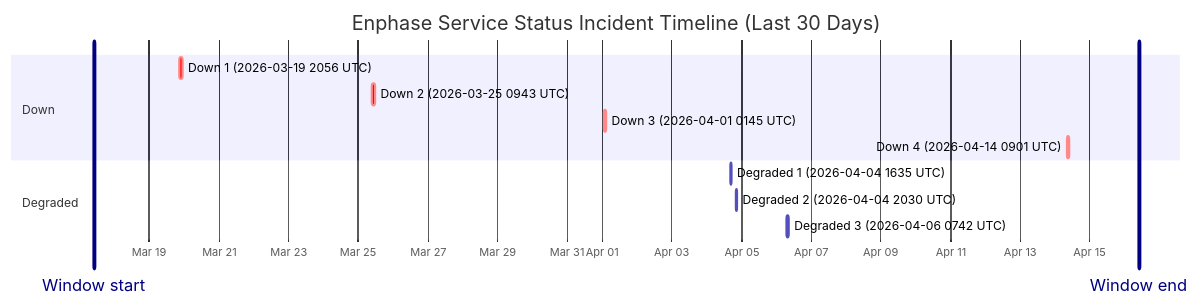
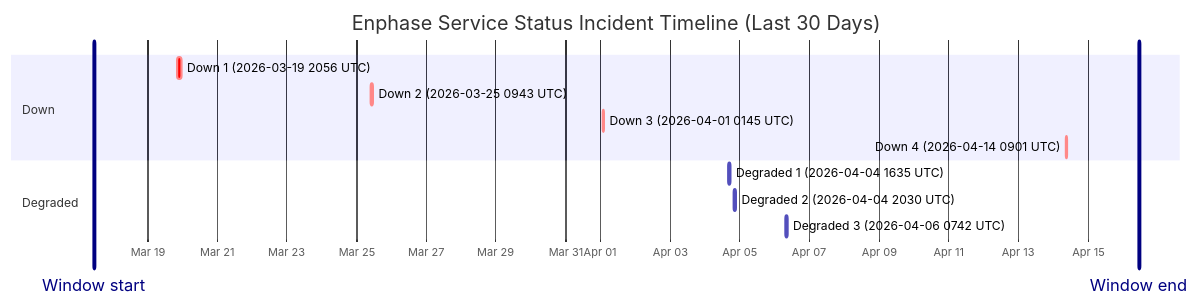
One commit to barneyonline/ha-enphase-ev-charger changed the diagram in wiki/Service-Status-History.md. Above: the diagram before and after it, drawn with Mermaid. The commit also changed other lines of this file and 3 other files, not shown here.

````diff
--- a/wiki/Service-Status-History.md
+++ b/wiki/Service-Status-History.md
@@ -14,17 +14,17 @@
 ```mermaid
 gantt
     title Enphase Service Status Incident Timeline (Last 30 Days)
     dateFormat  YYYY-MM-DDTHH:mm:ss
     axisFormat  %b %d
-    Window start :vert, window-start, 2026-03-17T09:55:33, 0ms
-    Window end :vert, window-end, 2026-04-16T09:55:33, 0ms
+    Window start :vert, window-start, 2026-03-17T11:03:18, 0ms
+    Window end :vert, window-end, 2026-04-16T11:03:18, 0ms
     section Down
     Down 1 (2026-03-19 2056 UTC) :crit, down-1, 2026-03-19T20:56:20, 145m
     Down 2 (2026-03-25 0943 UTC) :crit, down-2, 2026-03-25T09:43:28, 111m
     Down 3 (2026-04-01 0145 UTC) :crit, down-3, 2026-04-01T01:45:09, 60m
     Down 4 (2026-04-14 0901 UTC) :crit, down-4, 2026-04-14T09:01:13, 60m
     section Degraded
     Degraded 1 (2026-04-04 1635 UTC) :active, degraded-1, 2026-04-04T16:35:17, 60m
     Degraded 2 (2026-04-04 2030 UTC) :active, degraded-2, 2026-04-04T20:30:40, 60m
     Degraded 3 (2026-04-06 0742 UTC) :active, degraded-3, 2026-04-06T07:42:09, 85m
 ```
````
